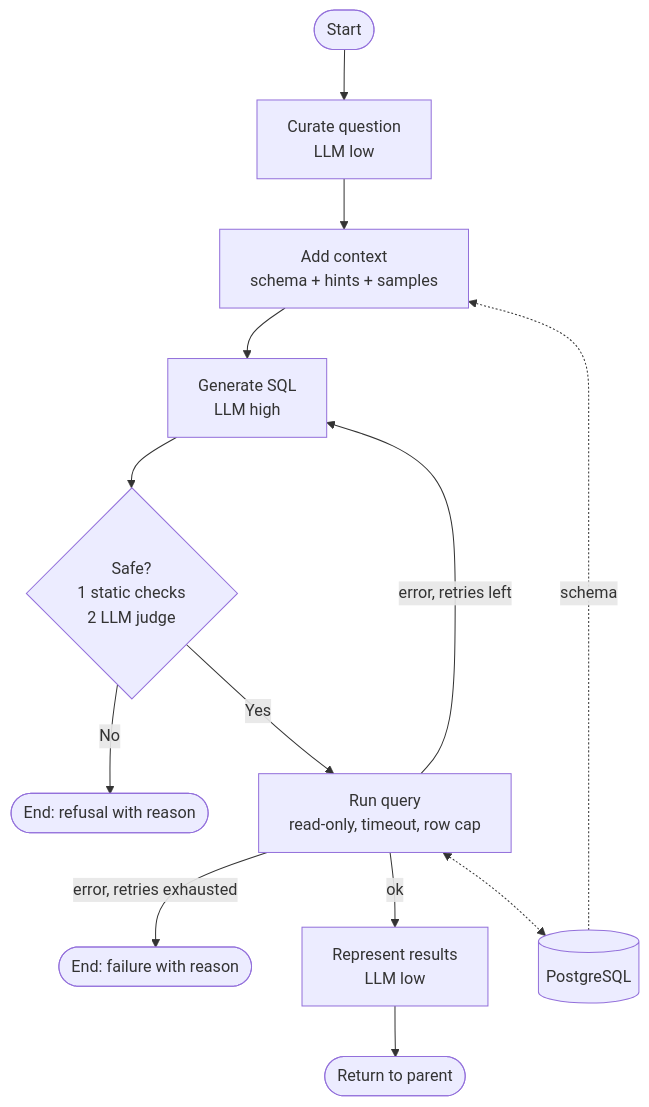
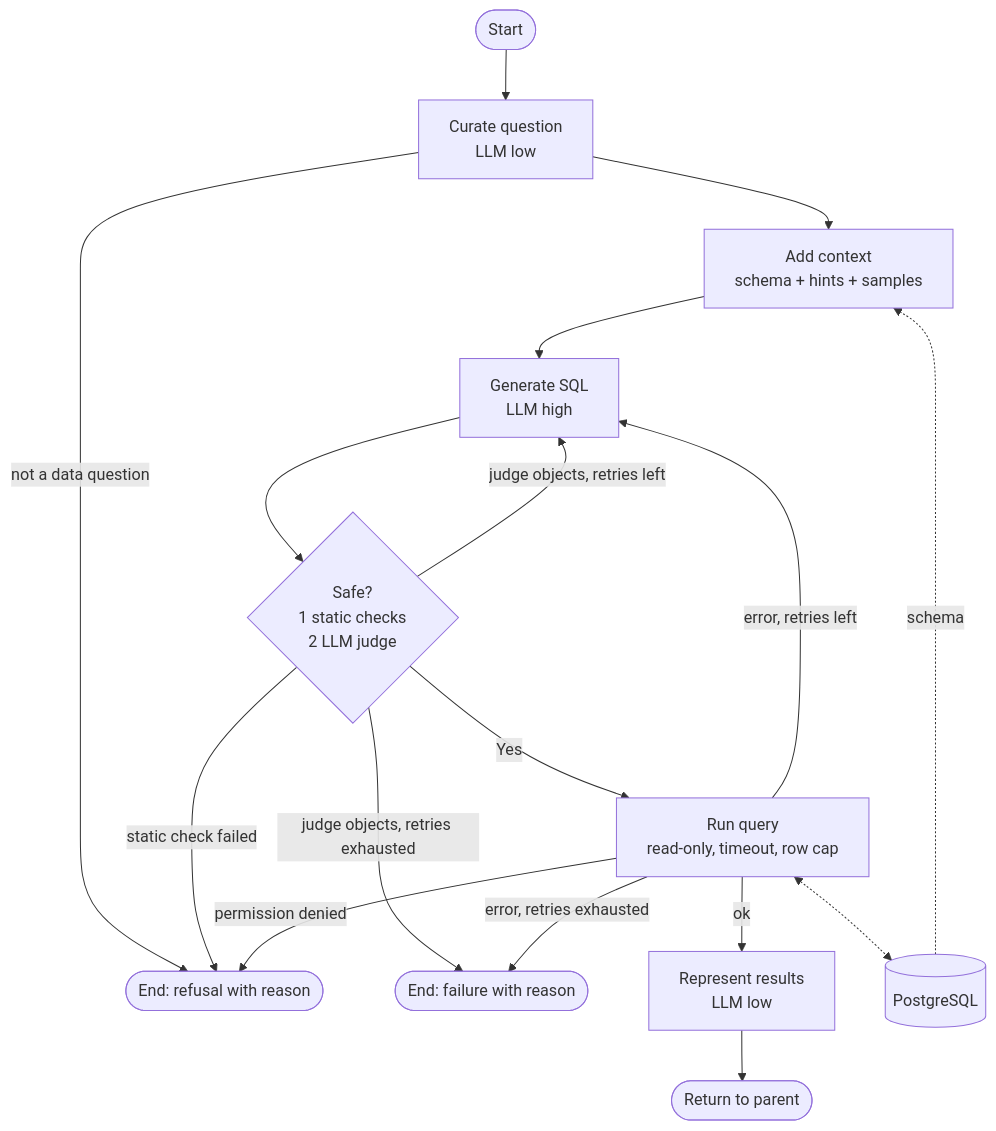
Before and after one commit to Suvrat1629/datapilot: the second of 2 diagrams in docs/DESIGN.md, drawn with Mermaid. The commit also changed other lines of this file, not shown here.

````diff
--- a/docs/DESIGN.md
+++ b/docs/DESIGN.md
@@ -77,16 +77,20 @@
 ```mermaid
 flowchart TD
     S([Start]) --> CQ[Curate question<br/>LLM low]
+    CQ -- not a data question --> END1
     CQ --> AC[Add context<br/>schema + hints + samples]
     AC --> GS[Generate SQL<br/>LLM high]
     GS --> SF{Safe?<br/>1 static checks<br/>2 LLM judge}
-    SF -- No --> END1([End: refusal with reason])
+    SF -- static check failed --> END1([End: refusal with reason])
+    SF -- judge objects, retries left --> GS
+    SF -- judge objects, retries exhausted --> END2
     SF -- Yes --> RUN[Run query<br/>read-only, timeout, row cap]
+    RUN -- permission denied --> END1
     RUN -- error, retries left --> GS
     RUN -- error, retries exhausted --> END2([End: failure with reason])
     RUN -- ok --> REP[Represent results<br/>LLM low]
     REP --> OUT([Return to parent])
 
     DB[(PostgreSQL)] -.schema.-> AC
     RUN <-.-> DB
 ```
````
